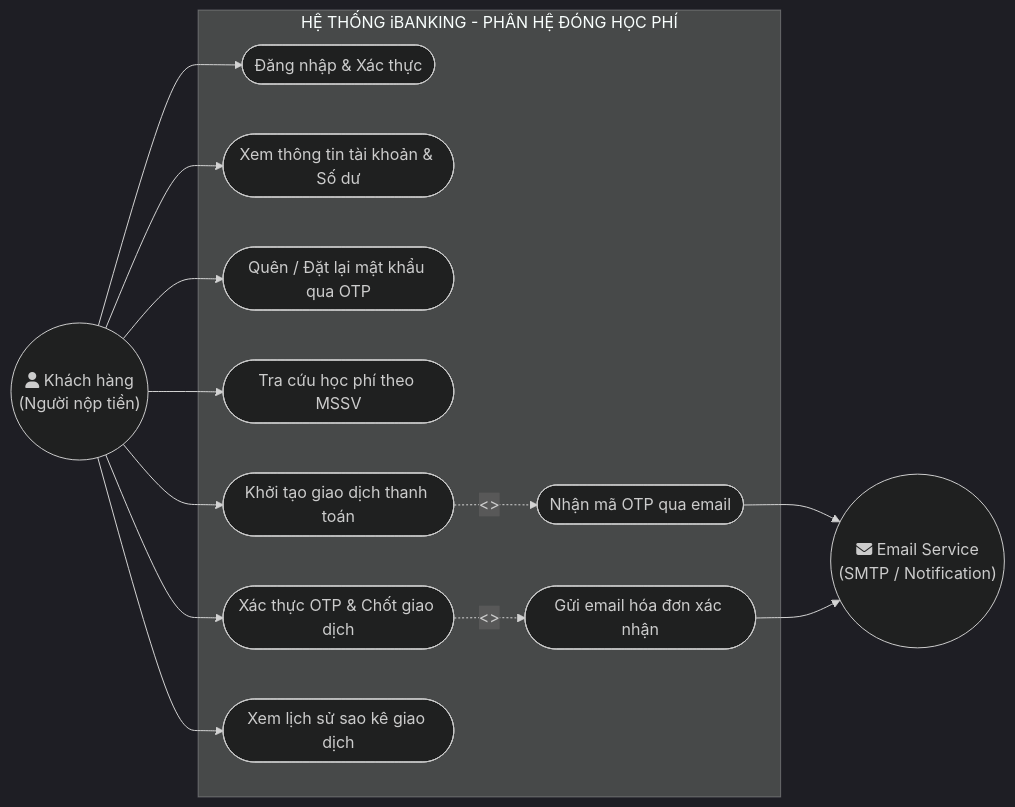
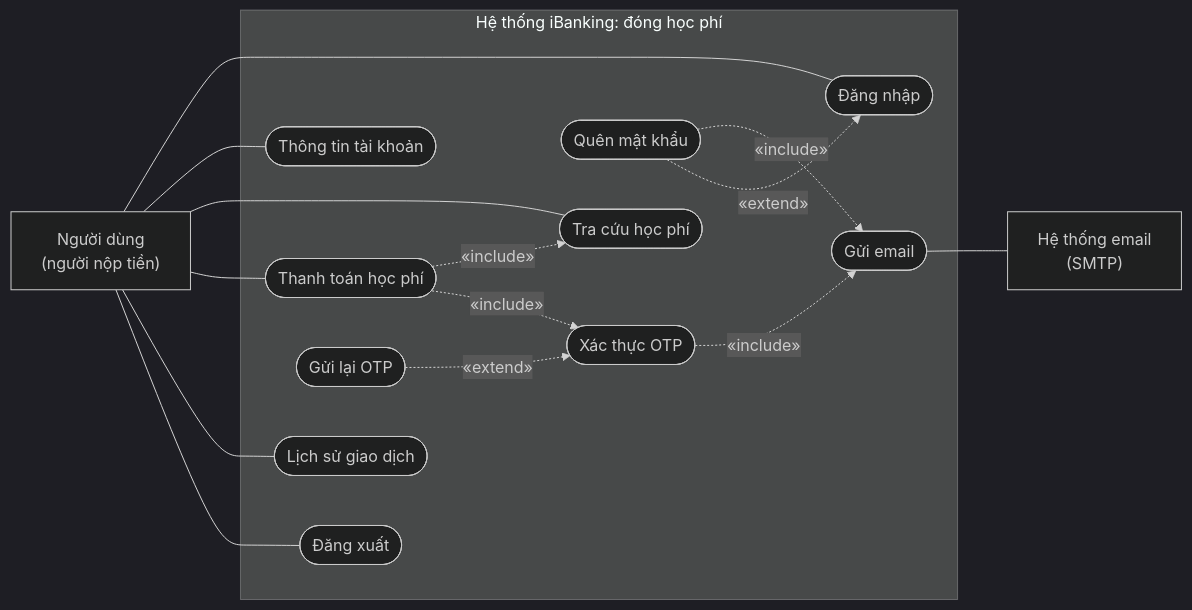
Before and after one commit to HuuTan12/Midterm_SOA_ITBanking: the first of 4 diagrams in docs/diagrams.md, drawn with Mermaid (dark theme). The commit also changed other lines of this file and 5 other files, not shown here.

````diff
--- a/docs/diagrams.md
+++ b/docs/diagrams.md
@@ -17,30 +27,33 @@
 ```mermaid
 flowchart LR
-    User(("fa:fa-user Khách hàng\n(Người nộp tiền)"))
-    EmailService(("fa:fa-envelope Email Service\n(SMTP / Notification)"))
+    User["Người dùng<br/>(người nộp tiền)"]
+    Email["Hệ thống email<br/>(SMTP)"]
 
-    subgraph System ["HỆ THỐNG iBANKING - PHÂN HỆ ĐÓNG HỌC PHÍ"]
-        UC1(["Đăng nhập & Xác thực"])
-        UC2(["Xem thông tin tài khoản & Số dư"])
-        UC3(["Quên / Đặt lại mật khẩu qua OTP"])
-        UC4(["Tra cứu học phí theo MSSV"])
-        UC5(["Khởi tạo giao dịch thanh toán"])
-        UC6(["Nhận mã OTP qua email"])
-        UC7(["Xác thực OTP & Chốt giao dịch"])
-        UC8(["Xem lịch sử sao kê giao dịch"])
-        UC9(["Gửi email hóa đơn xác nhận"])
+    subgraph System ["Hệ thống iBanking: đóng học phí"]
+        UC1(["Đăng nhập"])
+        UC2(["Thông tin tài khoản"])
+        UC3(["Tra cứu học phí"])
+        UC4(["Thanh toán học phí"])
+        UC5(["Lịch sử giao dịch"])
+        UC6(["Đăng xuất"])
+        UC7(["Quên mật khẩu"])
+        UC8(["Gửi email"])
+        UC9(["Xác thực OTP"])
+        UC10(["Gửi lại OTP"])
     end
 
-    User --> UC1
-    User --> UC2
-    User --> UC3
-    User --> UC4
-    User --> UC5
-    User --> UC7
-    User --> UC8
+    User --- UC1
+    User --- UC2
+    User --- UC3
+    User --- UC4
+    User --- UC5
+    User --- UC6
+    UC8 --- Email
 
-    UC5 -.->|"<<include>>"| UC6
-    UC6 --> EmailService
-    UC7 -.->|"<<include>>"| UC9
-    UC9 --> EmailService
+    UC4 -.->|"«include»"| UC3
+    UC4 -.->|"«include»"| UC9
+    UC9 -.->|"«include»"| UC8
+    UC7 -.->|"«include»"| UC8
+    UC7 -.->|"«extend»"| UC1
+    UC10 -.->|"«extend»"| UC9
 ```
````
